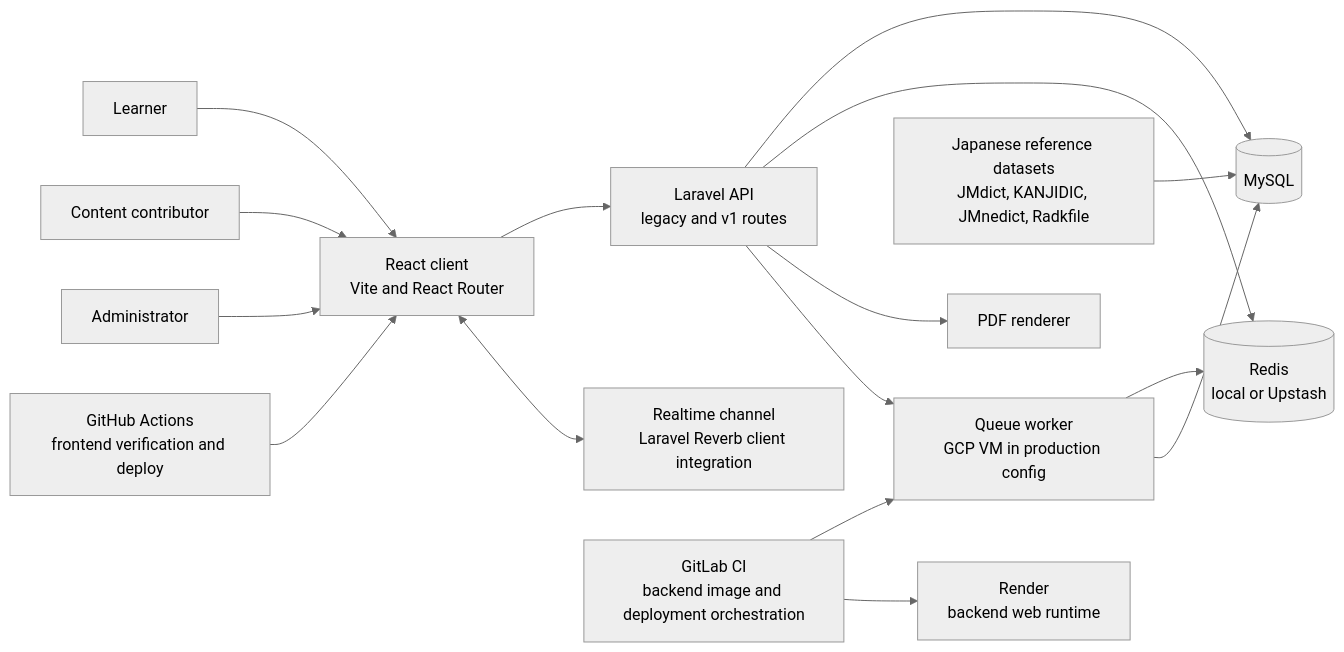
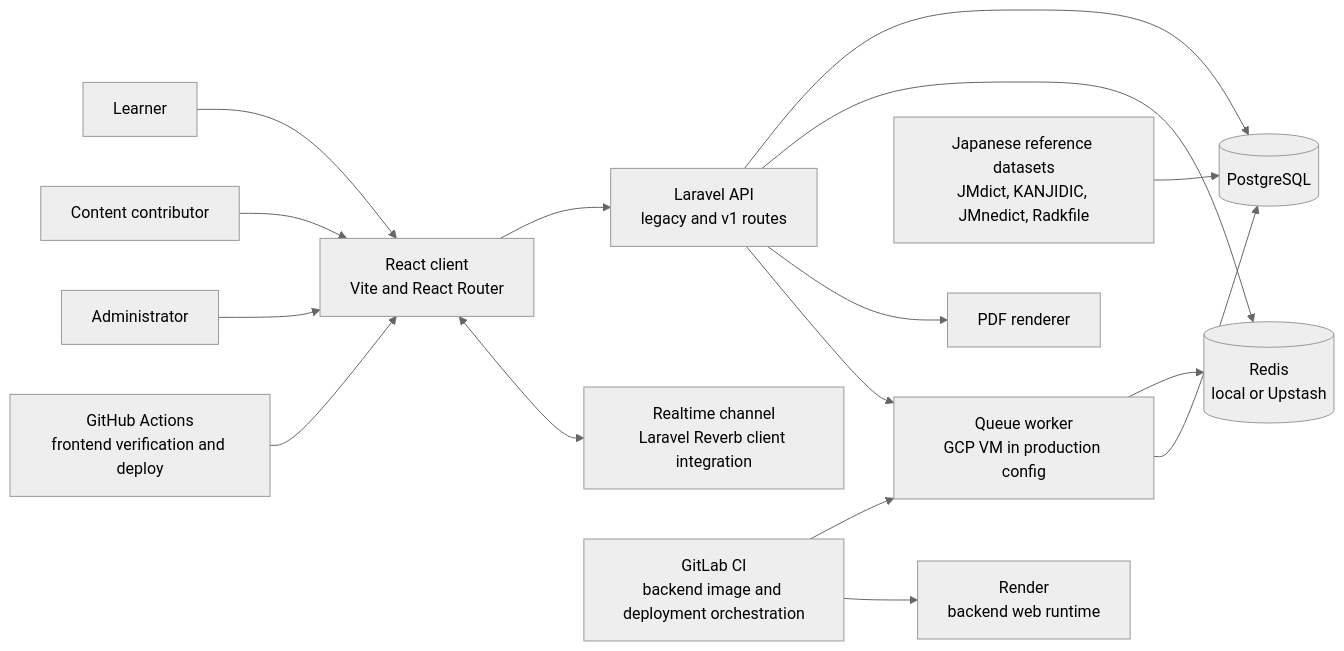
Before and after one commit to av3000/japanese-vma: the diagram in docs/architecture/system-context.md, drawn with Mermaid (neutral theme). The commit also changed other lines of this file and 17 other files, not shown here.

Commit message:
phase-7: complete PostgreSQL runtime switch

````diff
--- a/docs/architecture/system-context.md
+++ b/docs/architecture/system-context.md
@@ -14,35 +14,35 @@
 ```mermaid
 flowchart LR
     learner[Learner]
     contributor[Content contributor]
     admin[Administrator]
 
     client[React client\nVite and React Router]
     api[Laravel API\nlegacy and v1 routes]
-    mysql[(MySQL)]
+    postgres[(PostgreSQL)]
     redis[(Redis\nlocal or Upstash)]
     worker[Queue worker\nGCP VM in production config]
     realtime[Realtime channel\nLaravel Reverb client integration]
     pdf[PDF renderer]
     datasets[Japanese reference datasets\nJMdict, KANJIDIC, JMnedict, Radkfile]
 
     gha[GitHub Actions\nfrontend verification and deploy]
     gitlab[GitLab CI\nbackend image and deployment orchestration]
     render[Render\nbackend web runtime]
 
     learner --> client
     contributor --> client
     admin --> client
     client --> api
     client <--> realtime
-    api --> mysql
+    api --> postgres
     api --> redis
     api --> pdf
     api --> worker
     worker --> redis
-    worker --> mysql
-    datasets --> mysql
+    worker --> postgres
+    datasets --> postgres
     gha --> client
     gitlab --> worker
     gitlab --> render
 ```
````
